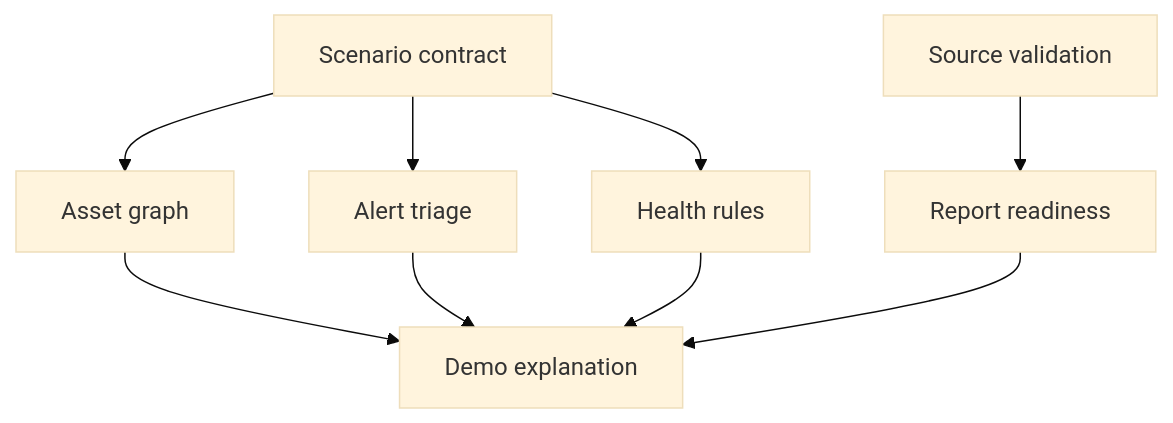
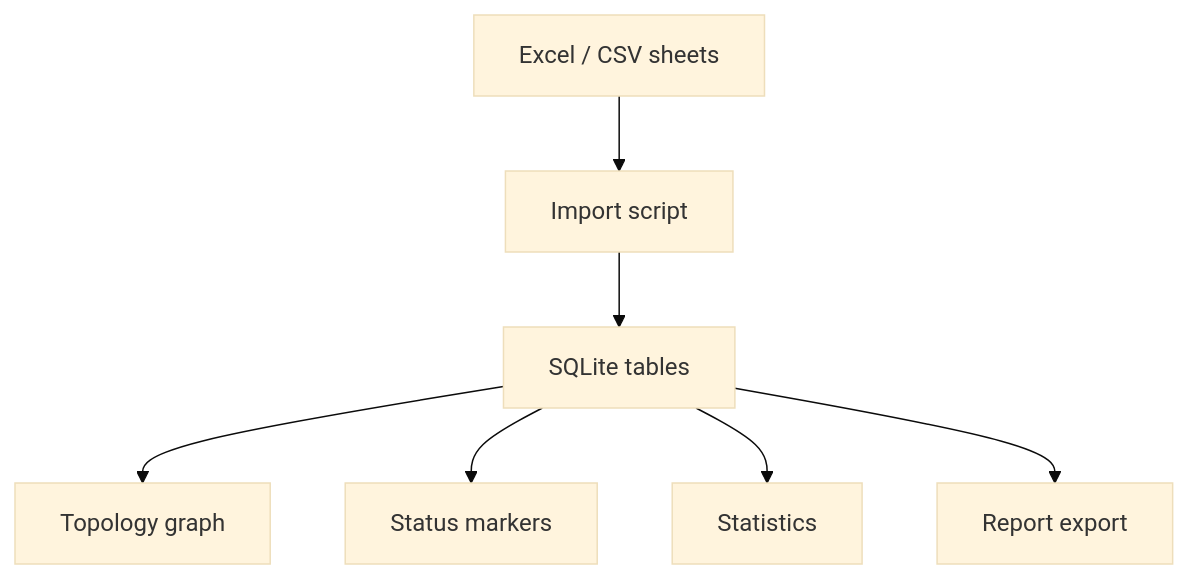
One commit to Ce-Legend/enterprise-ops-dashboard-starter changed the diagram in README.md. Above: the diagram before and after it, drawn with Mermaid (base theme). The commit also changed other lines of this file and 17 other files, not shown here.

````diff
--- a/README.md
+++ b/README.md
@@ -125,11 +125,9 @@
 ```mermaid
 graph TD
-  A["Scenario contract"] --> B["Asset graph"]
-  A --> C["Alert triage"]
-  A --> D["Health rules"]
-  E["Source validation"] --> F["Report readiness"]
-  B --> G["Demo explanation"]
-  C --> G
-  D --> G
-  F --> G
+  A["Excel / CSV sheets"] --> B["Import script"]
+  B --> C["SQLite tables"]
+  C --> D["Topology graph"]
+  C --> E["Status markers"]
+  C --> F["Statistics"]
+  C --> G["Report export"]
 ```
````
